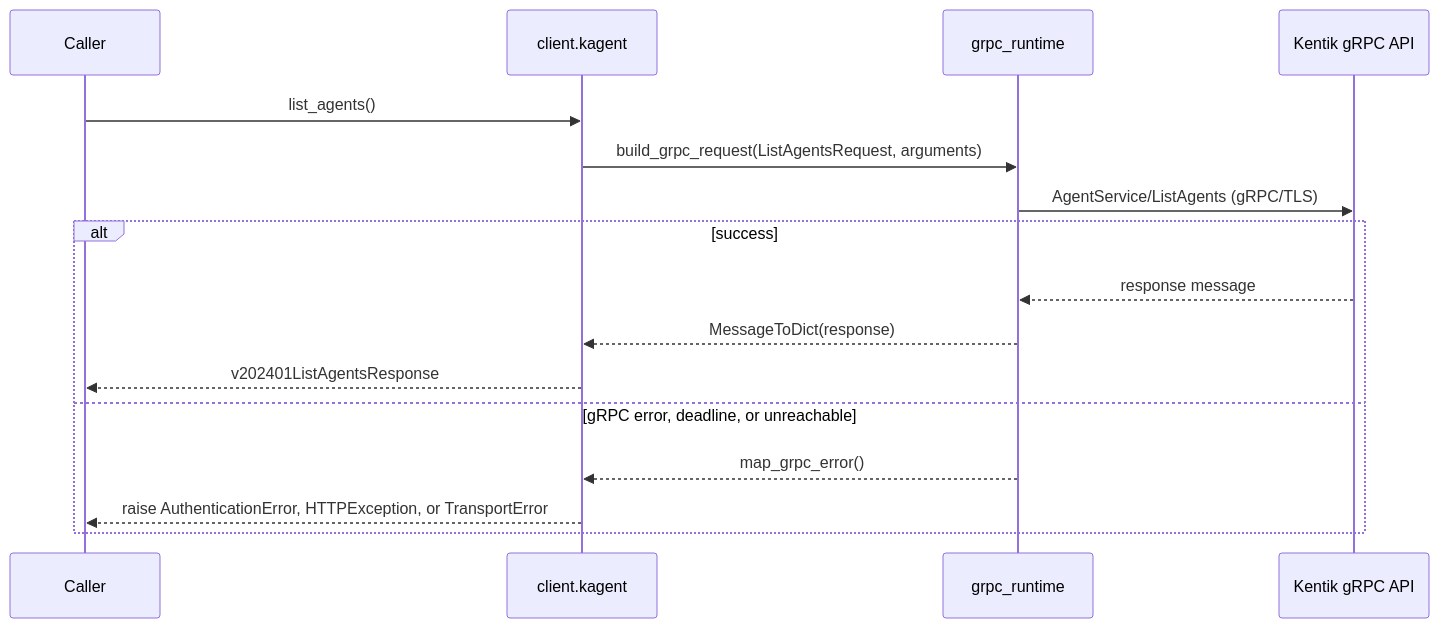
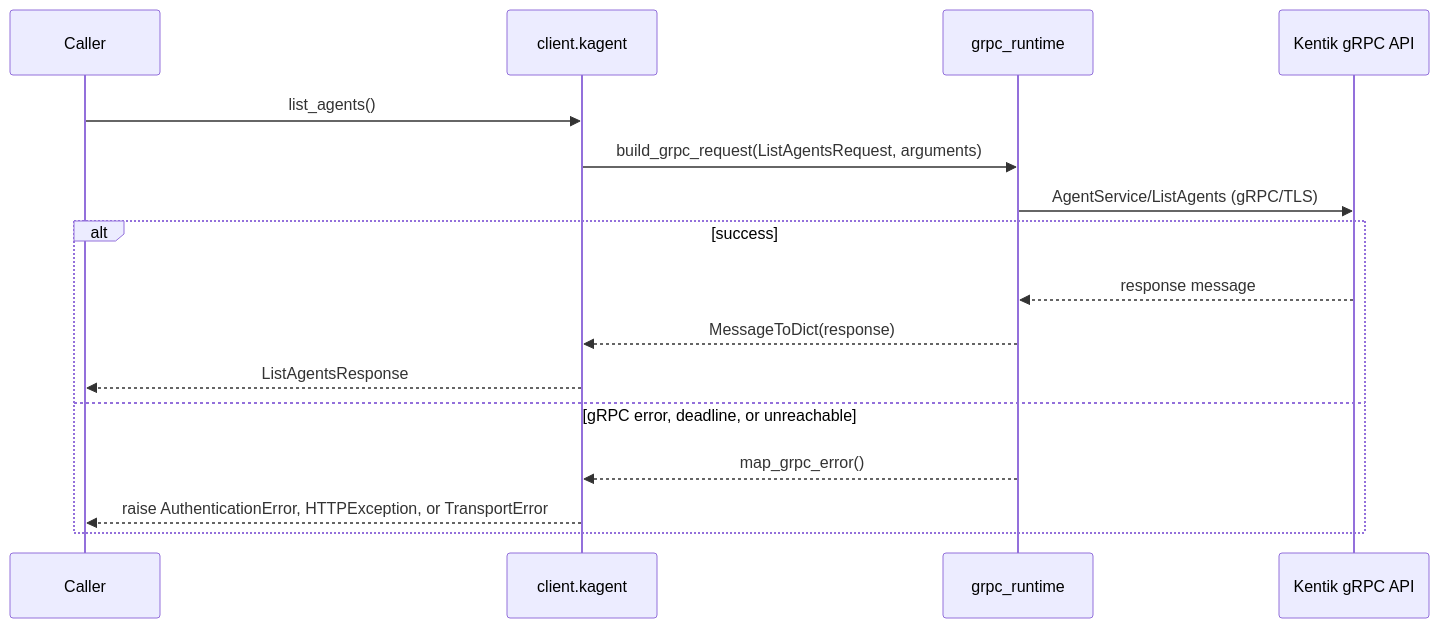
The third of 58 diagrams in docs/sphinx/services/kagent.md (alexdearaujo/community_sdk_python), drawn with Mermaid before and after one commit. The commit also changed other lines of this file and 38 other files, not shown here.

````diff
--- a/docs/sphinx/services/kagent.md
+++ b/docs/sphinx/services/kagent.md
@@ -61,19 +61,19 @@
 ```mermaid
 sequenceDiagram
     participant C as Caller
     participant W as client.kagent
     participant R as grpc_runtime
     participant API as Kentik gRPC API
 
     C->>W: list_agents()
     W->>R: build_grpc_request(ListAgentsRequest, arguments)
     R->>API: AgentService/ListAgents (gRPC/TLS)
     alt success
         API-->>R: response message
         R-->>W: MessageToDict(response)
-        W-->>C: v202401ListAgentsResponse
+        W-->>C: ListAgentsResponse
     else gRPC error, deadline, or unreachable
         R-->>W: map_grpc_error()
         W-->>C: raise AuthenticationError, HTTPException, or TransportError
     end
 ```
````
